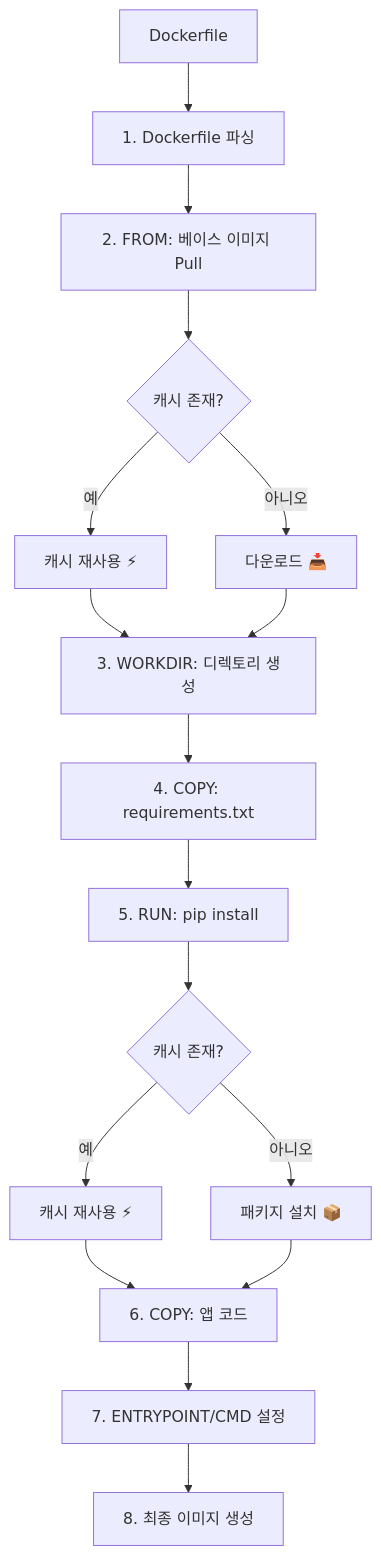
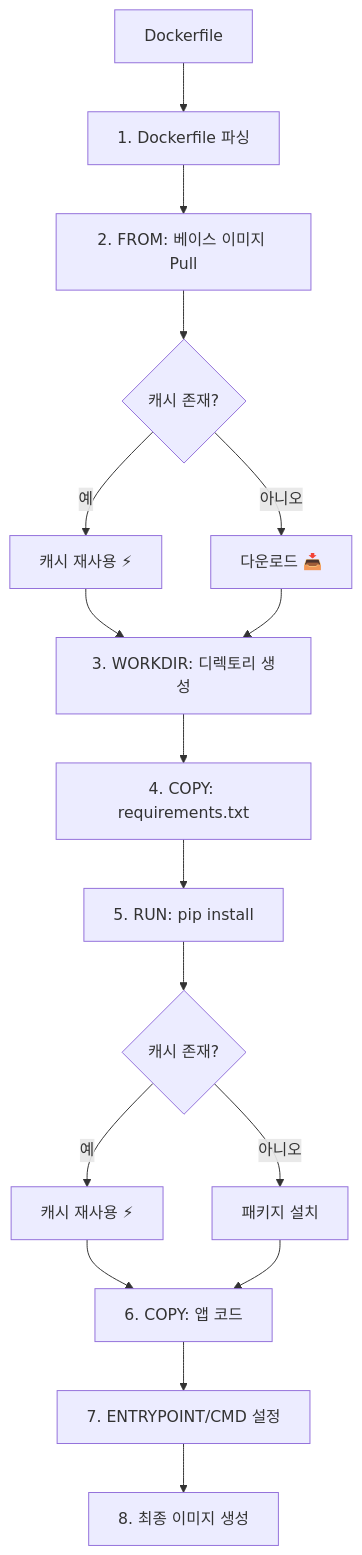
Before and after one commit to juwon8891/juwon8891.github.io: diagram 30 of 41 in docs/cicd/week1-image-build.md, drawn with Mermaid. The commit also changed other lines of this file and 3 other files, not shown here.

````diff
--- a/docs/cicd/week1-image-build.md
+++ b/docs/cicd/week1-image-build.md
@@ -2014,28 +2014,28 @@
 ```mermaid
 flowchart TB
     START[Dockerfile] --> PARSE[1. Dockerfile 파싱]
 
     PARSE --> BASE[2. FROM: 베이스 이미지 Pull]
     BASE --> CACHE1{캐시 존재?}
     CACHE1 -->|예| REUSE1[캐시 재사용 ⚡]
     CACHE1 -->|아니오| DOWNLOAD1[다운로드 📥]
 
     REUSE1 --> WORKDIR
     DOWNLOAD1 --> WORKDIR
 
     WORKDIR[3. WORKDIR: 디렉토리 생성]
     WORKDIR --> COPY1[4. COPY: requirements.txt]
     COPY1 --> RUN[5. RUN: pip install]
 
     RUN --> CACHE2{캐시 존재?}
     CACHE2 -->|예| REUSE2[캐시 재사용 ⚡]
-    CACHE2 -->|아니오| INSTALL[패키지 설치 📦]
+    CACHE2 -->|아니오| INSTALL[패키지 설치]
 
     REUSE2 --> COPY2
     INSTALL --> COPY2
 
     COPY2[6. COPY: 앱 코드]
     COPY2 --> META[7. ENTRYPOINT/CMD 설정]
     META --> IMAGE[8. 최종 이미지 생성 ]
 
 ```
````
